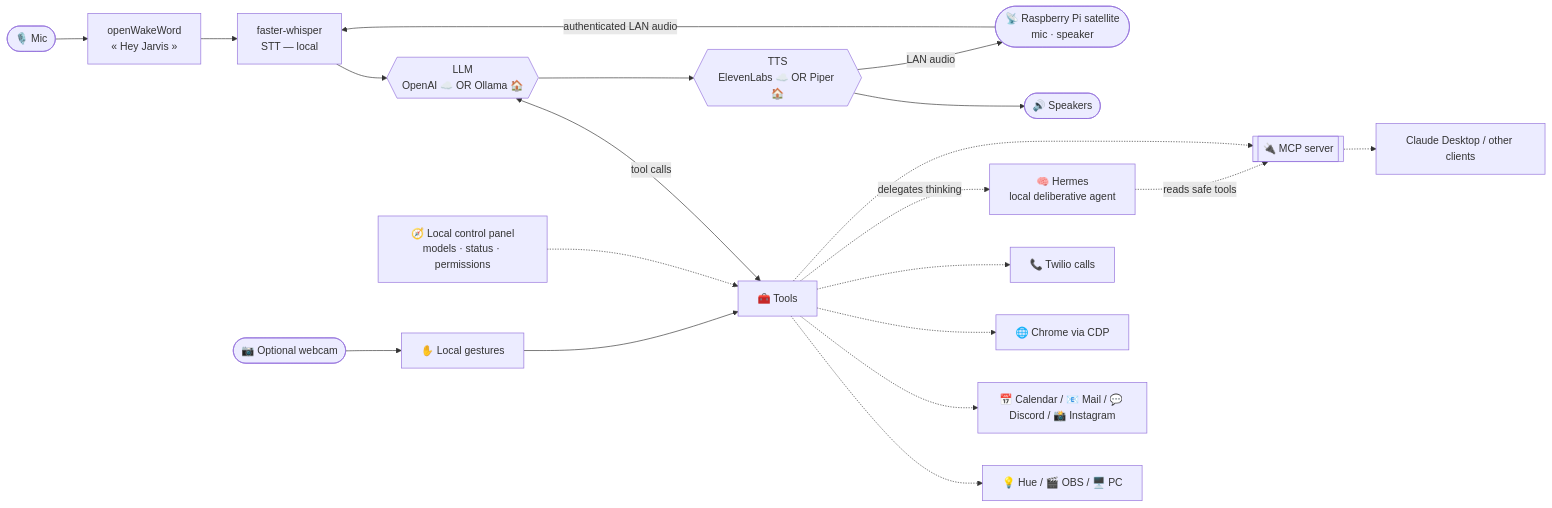
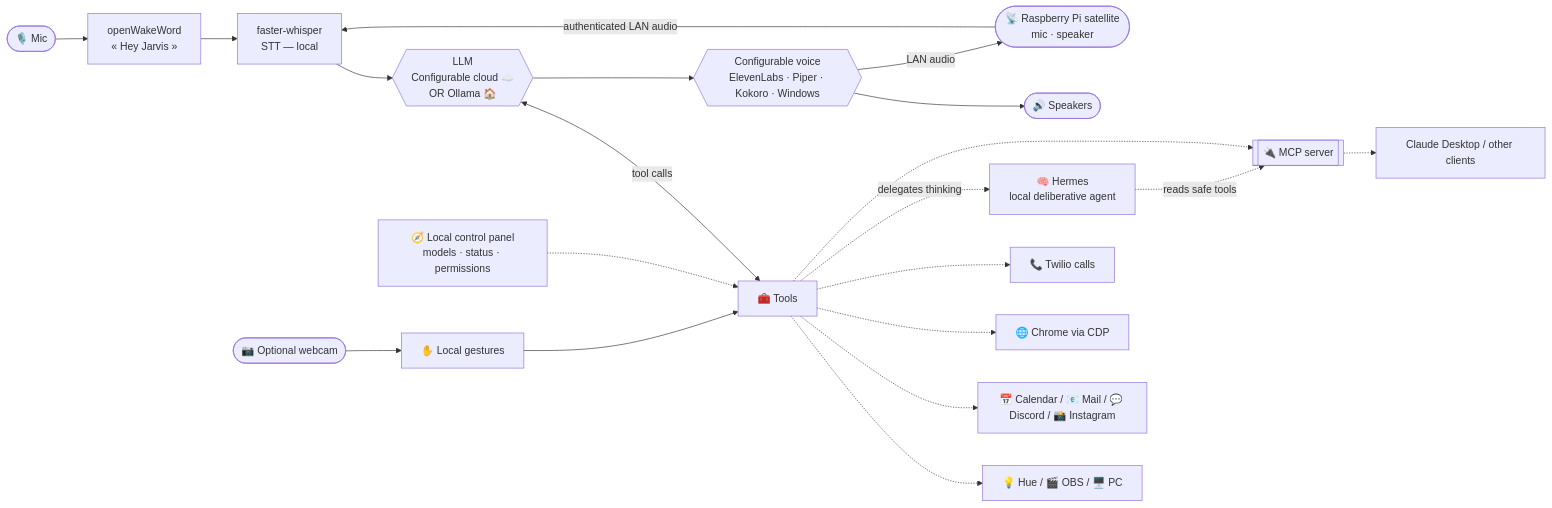
The diagram in README.en.md (flochatelain0-sudo/jarvis-assistant-vocal), drawn with Mermaid before and after one commit. The commit also changed other lines of this file and 10 other files, not shown here.

````diff
--- a/README.en.md
+++ b/README.en.md
@@ -72,24 +77,24 @@
 ```mermaid
 flowchart LR
     Mic([🎙️ Mic]) --> WW[openWakeWord<br/>« Hey Jarvis »]
     WW --> STT[faster-whisper<br/>STT — local]
-    STT --> LLM{{LLM<br/>OpenAI ☁️ OR Ollama 🏠}}
+    STT --> LLM{{LLM<br/>Configurable cloud ☁️<br/>OR Ollama 🏠}}
     LLM <-->|tool calls| TOOLS[🧰 Tools]
-    LLM --> TTS{{TTS<br/>ElevenLabs ☁️ OR Piper 🏠}}
+    LLM --> TTS{{Configurable voice<br/>ElevenLabs · Piper · Kokoro · Windows}}
     TTS --> SPK([🔊 Speakers])
 
     SAT([📡 Raspberry Pi satellite<br/>mic · speaker]) -->|authenticated LAN audio| STT
     TTS -->|LAN audio| SAT
     CAM([📷 Optional webcam]) --> GEST[✋ Local gestures]
     GEST --> TOOLS
 
     TOOLS -.-> HOME[💡 Hue / 🎬 OBS / 🖥️ PC]
     TOOLS -.-> NET[📅 Calendar / 📧 Mail / 💬 Discord / 📸 Instagram]
     TOOLS -.-> CDP[🌐 Chrome via CDP]
     TOOLS -.-> TW[📞 Twilio calls]
     TOOLS -.->|delegates thinking| HERMES[🧠 Hermes<br/>local deliberative agent]
     TOOLS -.-> MCP[[🔌 MCP server]]
     HERMES -.->|reads safe tools| MCP
     MCP -.-> EXT[Claude Desktop / other clients]
     PANEL[🧭 Local control panel<br/>models · status · permissions] -.-> TOOLS
 ```
````
